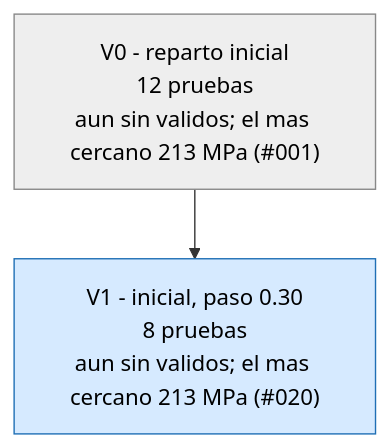
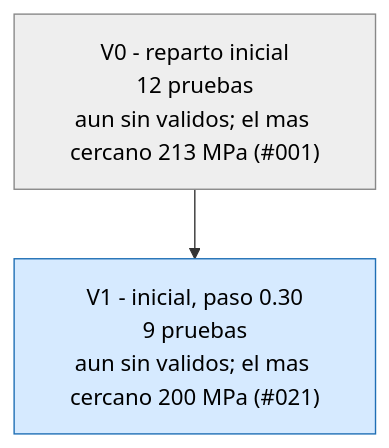
The first of 3 diagrams in runs/opt_37800N/ARBOL.md (Hugiko/msd-soporte-optimizacion), drawn with Mermaid before and after one commit. The commit also changed 22 other files, not shown here.

````diff
--- a/runs/opt_37800N/ARBOL.md
+++ b/runs/opt_37800N/ARBOL.md
@@ -9,9 +9,9 @@
 ```mermaid
 graph TD
 classDef activa fill:#d6eaff,stroke:#1f6fb5,color:#000
 classDef fin fill:#eeeeee,stroke:#888,color:#000
 classDef mejor fill:#c8f0c0,stroke:#1a9850,stroke-width:4px,color:#000
 V0["V0 - reparto inicial<br/>12 pruebas<br/>aun sin validos; el mas cercano 213 MPa (#001)"]:::fin
-V1["V1 - inicial, paso 0.30<br/>8 pruebas<br/>aun sin validos; el mas cercano 213 MPa (#020)"]:::activa
+V1["V1 - inicial, paso 0.30<br/>9 pruebas<br/>aun sin validos; el mas cercano 200 MPa (#021)"]:::activa
 V0 --> V1
 ```
````
